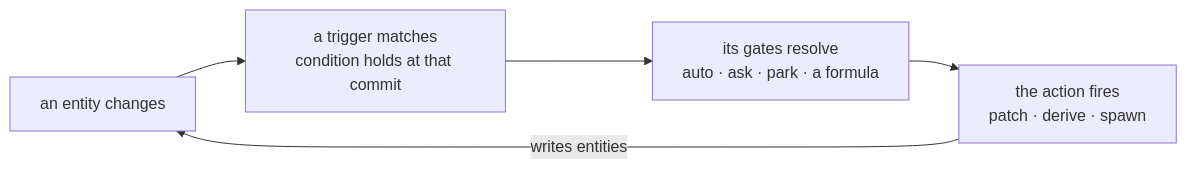
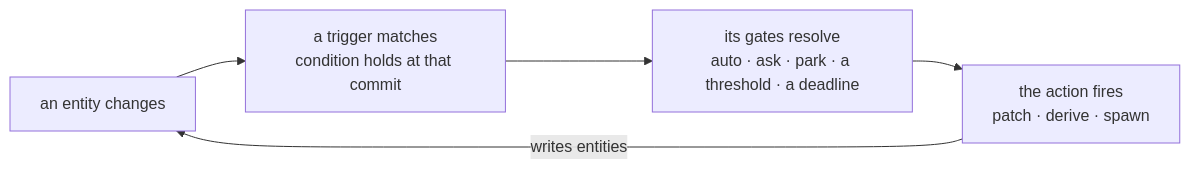
Before and after one commit to signadot/viff: the first of 2 diagrams in docs/overview.md, drawn with Mermaid. The commit also changed 33 other files, not shown here.

````diff
--- a/docs/overview.md
+++ b/docs/overview.md
@@ -22,7 +22,7 @@
 ```mermaid
 flowchart LR
   change["an entity changes"] --> match["a trigger matches<br/>condition holds at that commit"]
-  match --> gate["its gates resolve<br/>auto · ask · park · a formula"]
+  match --> gate["its gates resolve<br/>auto · ask · park · a threshold · a deadline"]
   gate --> act["the action fires<br/>patch · derive · spawn"]
   act -->|"writes entities"| change
 ```
````
